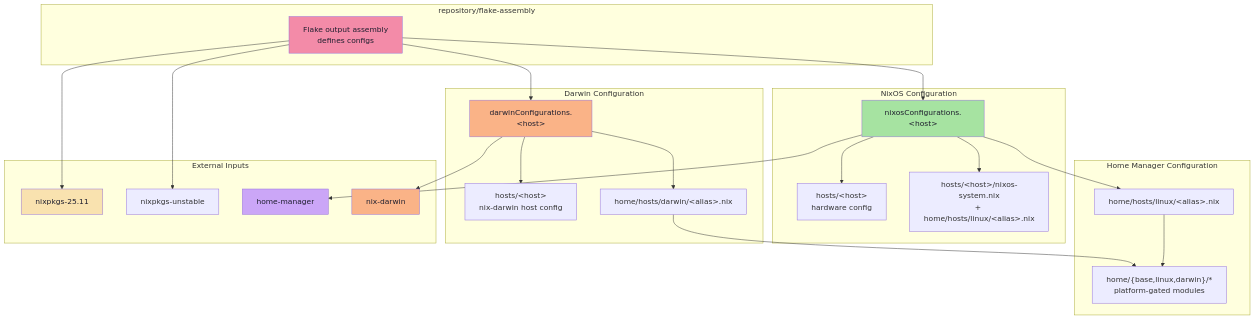
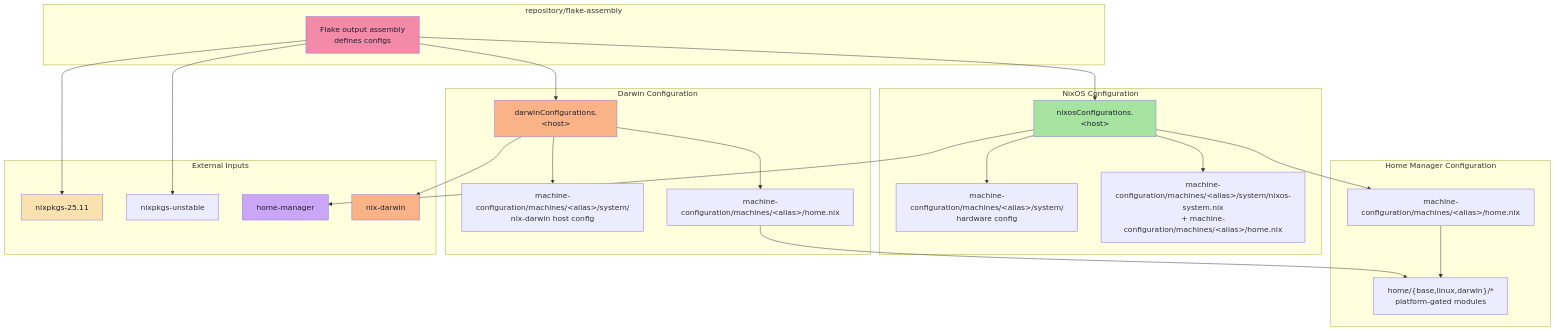
The diagram in README.md (Castrozan/.dotfiles), drawn with Mermaid before and after one commit. The commit also changed other lines of this file and 92 other files, not shown here.

````diff
--- a/README.md
+++ b/README.md
@@ -137,55 +137,55 @@
 ```mermaid
 graph TD
     subgraph "repository/flake-assembly"
         Flake["Flake output assembly<br/>defines configs"]
     end
 
     subgraph "NixOS Configuration"
         NixOS["nixosConfigurations.&lt;host&gt;"]
-        Host["hosts/&lt;host&gt;<br/>hardware config"]
-        UserNixOS["hosts/&lt;host&gt;/nixos-system.nix<br/>+ home/hosts/linux/&lt;alias&gt;.nix"]
+        Host["machine-configuration/machines/&lt;alias&gt;/system/<br/>hardware config"]
+        UserNixOS["machine-configuration/machines/&lt;alias&gt;/system/nixos-system.nix<br/>+ machine-configuration/machines/&lt;alias&gt;/home.nix"]
     end
 
     subgraph "Darwin Configuration"
         Darwin["darwinConfigurations.&lt;host&gt;"]
-        DarwinHost["hosts/&lt;host&gt;<br/>nix-darwin host config"]
-        DarwinHome["home/hosts/darwin/&lt;alias&gt;.nix"]
+        DarwinHost["machine-configuration/machines/&lt;alias&gt;/system/<br/>nix-darwin host config"]
+        DarwinHome["machine-configuration/machines/&lt;alias&gt;/home.nix"]
     end
 
     subgraph "Home Manager Configuration"
-        UserHome["home/hosts/linux/&lt;alias&gt;.nix"]
+        UserHome["machine-configuration/machines/&lt;alias&gt;/home.nix"]
         Modules["home/{base,linux,darwin}/*<br/>platform-gated modules"]
     end
 
     subgraph "External Inputs"
         Nixpkgs["nixpkgs-25.11"]
         Unstable["nixpkgs-unstable"]
         HM["home-manager"]
         ND["nix-darwin"]
     end
 
     Flake --> NixOS
     Flake --> Darwin
 
     NixOS --> Host
     NixOS --> UserNixOS
     NixOS --> HM
 
     Darwin --> DarwinHost
     Darwin --> DarwinHome
     Darwin --> ND
 
     NixOS --> UserHome
     UserHome --> Modules
     DarwinHome --> Modules
     
     Flake --> Nixpkgs
     Flake --> Unstable
 
     style Flake fill:#f38ba8,color:#1e1e2e
     style NixOS fill:#a6e3a1,color:#1e1e2e
     style Darwin fill:#fab387,color:#1e1e2e
     style Nixpkgs fill:#f9e2af,color:#1e1e2e
     style HM fill:#cba6f7,color:#1e1e2e
     style ND fill:#fab387,color:#1e1e2e
 ```
````
